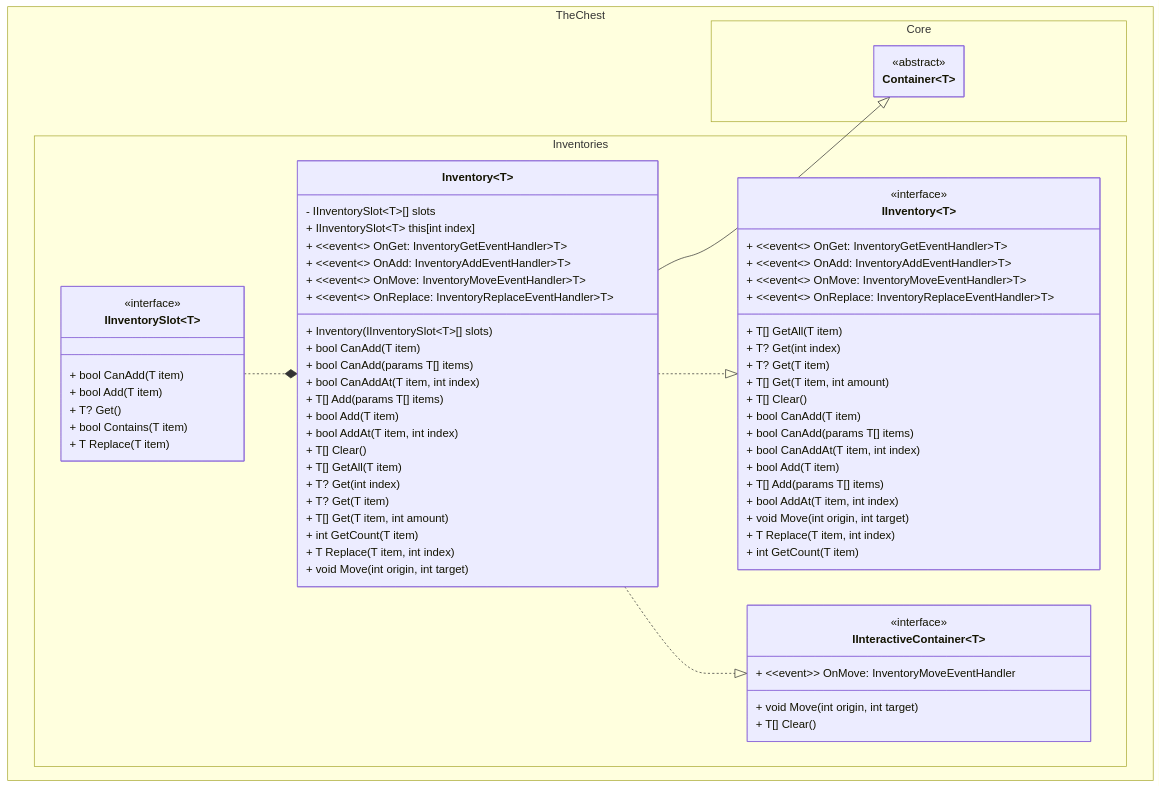
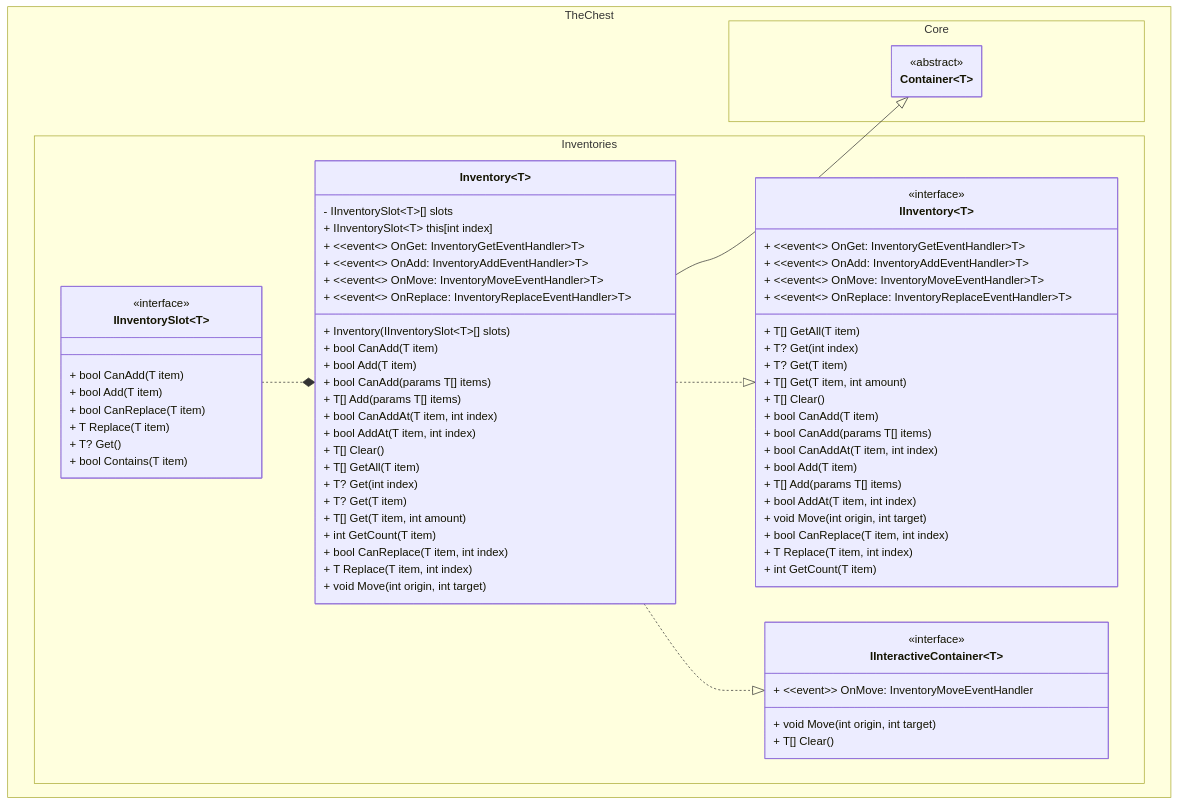
The first of 2 diagrams in docs/inventory/class_diagram.md (The-Chest/TheChest.Inventories), drawn with Mermaid before and after one commit. The commit also changed other lines of this file and 7 other files, not shown here.

First line of the commit message:
Adds Inventory<T>.CanReplace

```diff
--- a/docs/inventory/class_diagram.md
+++ b/docs/inventory/class_diagram.md
@@ -39,6 +39,7 @@
 
 	        + void Move(int origin, int target)
 
+	        + bool CanReplace(T item, int index)
 	        + T Replace(T item, int index)
 
 	        + int GetCount(T item)
@@ -46,25 +47,31 @@
         class IInventorySlot~T~ {
 	        + bool CanAdd(T item)
 	        + bool Add(T item)
+
+			+ bool CanReplace(T item)
+	        + T Replace(T item)
+
 	        + T? Get()
 	        + bool Contains(T item)
-	        + T Replace(T item)
         }
         class Inventory~T~ {
 	        - IInventorySlot~T~[] slots
 	        + IInventorySlot~T~ this[int index]
+
 	        + ~~event~~ OnGet: InventoryGetEventHandler~T~ 
 	        + ~~event~~ OnAdd: InventoryAddEventHandler~T~ 
 	        + ~~event~~ OnMove: InventoryMoveEventHandler~T~ 
 	        + ~~event~~ OnReplace: InventoryReplaceEventHandler~T~ 
-	        + Inventory(IInventorySlot~T~[] slots)
+	        
+			+ Inventory(IInventorySlot~T~[] slots)
 
 	        + bool CanAdd(T item)
+	        + bool Add(T item)
+
 	        + bool CanAdd(params T[] items)
+            + T[] Add(params T[] items)
+
 	        + bool CanAddAt(T item, int index)
-
-            + T[] Add(params T[] items)
-	        + bool Add(T item)
 	        + bool AddAt(T item, int index)
 
 	        + T[] Clear()
@@ -76,6 +83,7 @@
 
 	        + int GetCount(T item)
 
+	        + bool CanReplace(T item, int index)
 	        + T Replace(T item, int index)
 
 	        + void Move(int origin, int target)
```
